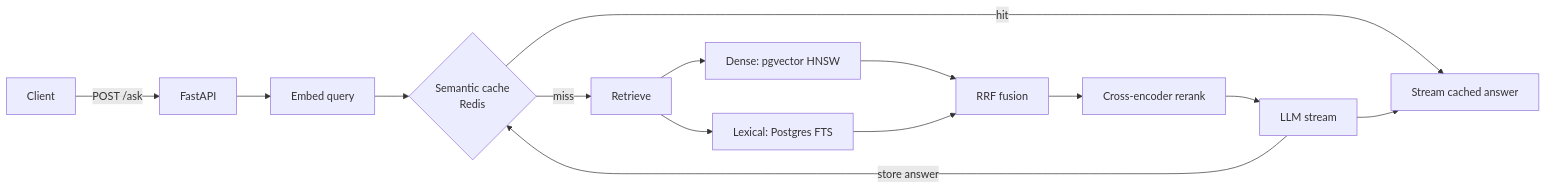
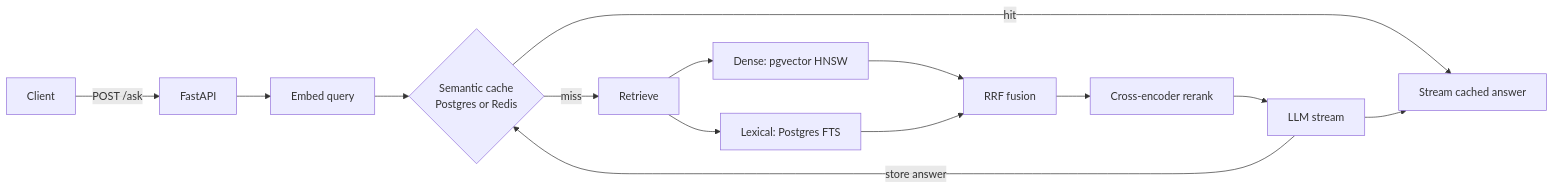
One commit to hemanthkumar1012/retrieval-lab changed the diagram in docs/architecture.md. Above: the diagram before and after it, drawn with Mermaid. The commit also changed other lines of this file and 12 other files, not shown here.

````diff
--- a/docs/architecture.md
+++ b/docs/architecture.md
@@ -3,16 +3,16 @@
 ```mermaid
 flowchart LR
     C[Client] -->|POST /ask| API[FastAPI]
     API --> E[Embed query]
-    E --> SC{Semantic cache<br/>Redis}
+    E --> SC{Semantic cache<br/>Postgres or Redis}
     SC -- hit --> S[Stream cached answer]
     SC -- miss --> R[Retrieve]
     R --> D[Dense: pgvector HNSW]
     R --> L[Lexical: Postgres FTS]
     D --> F[RRF fusion]
     L --> F
     F --> X[Cross-encoder rerank]
     X --> G[LLM stream]
     G --> S
     G -->|store answer| SC
 ```
````
